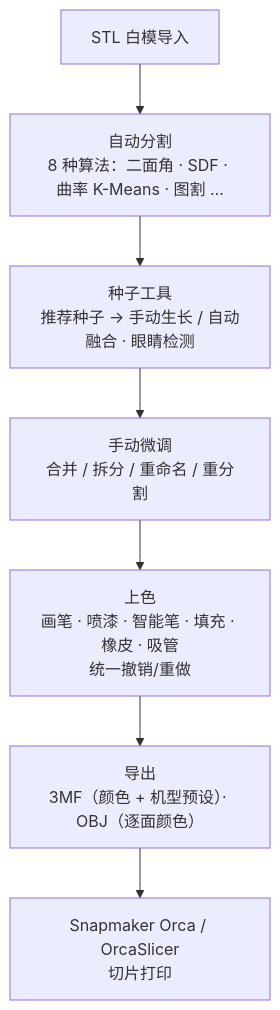
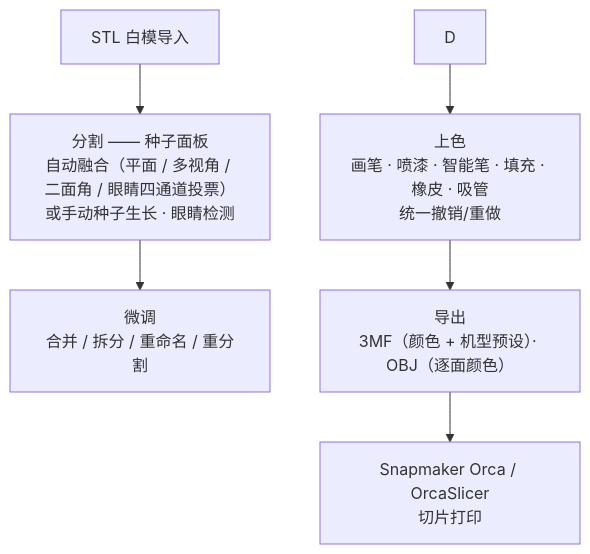
One commit to ZackaryShen/ColorYourModel changed the first of 2 diagrams in README.zh-CN.md. Above: the diagram before and after it, drawn with Mermaid. The commit also changed other lines of this file and 13 other files, not shown here.

````diff
--- a/README.zh-CN.md
+++ b/README.zh-CN.md
@@ -15,9 +15,8 @@
 ```mermaid
 flowchart TD
-    A["STL 白模导入"] --> B["自动分割<br/>8 种算法：二面角 · SDF · 曲率 K-Means · 图割 …"]
-    B --> C["种子工具<br/>推荐种子 → 手动生长 / 自动融合 · 眼睛检测"]
-    C --> D["手动微调<br/>合并 / 拆分 / 重命名 / 重分割"]
+    A["STL 白模导入"] --> B["分割 —— 种子面板<br/>自动融合（平面 / 多视角 / 二面角 / 眼睛四通道投票）<br/>或手动种子生长 · 眼睛检测"]
+    B --> C["微调<br/>合并 / 拆分 / 重命名 / 重分割"]
     D --> E["上色<br/>画笔 · 喷漆 · 智能笔 · 填充 · 橡皮 · 吸管<br/>统一撤销/重做"]
     E --> F["导出<br/>3MF（颜色 + 机型预设）· OBJ（逐面颜色）"]
     F --> G["Snapmaker Orca / OrcaSlicer<br/>切片打印"]
 ```
````
